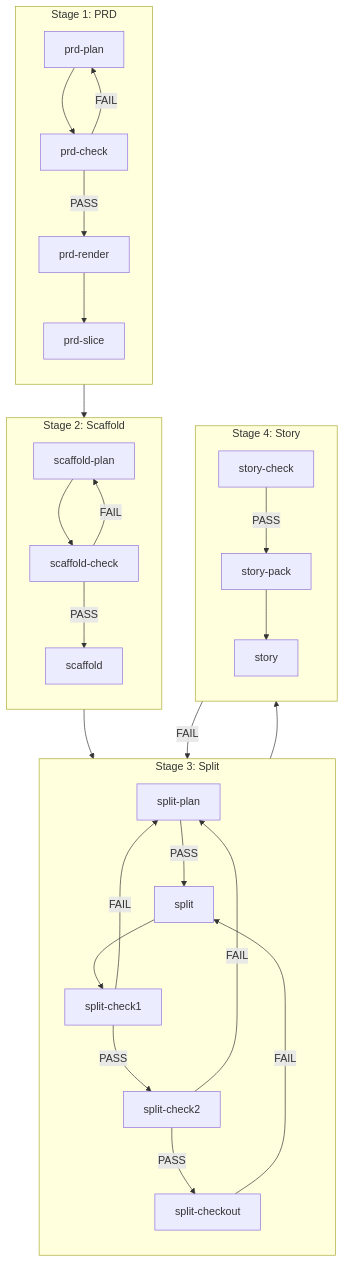
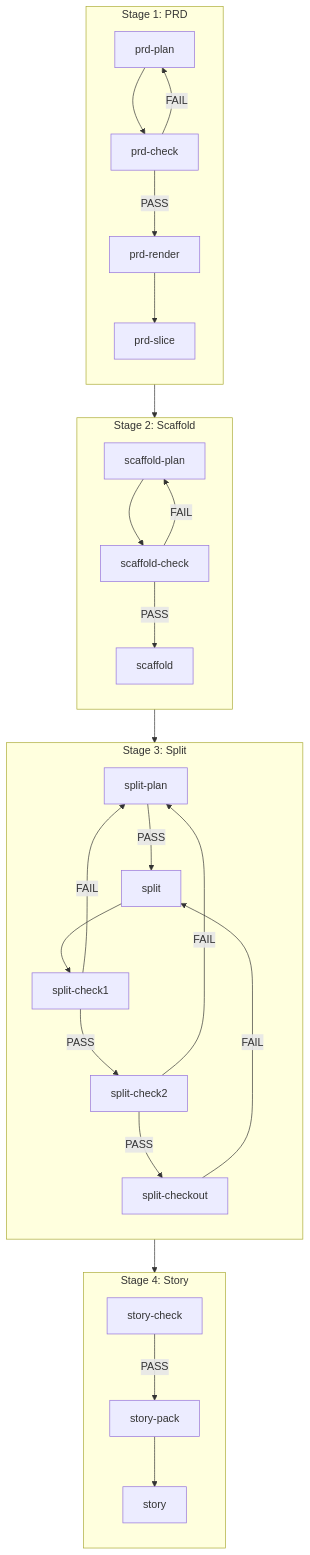
Before and after one commit to snakeying/Textum: the diagram in Workflow.md, drawn with Mermaid. The commit also changed other lines of this file and 11 other files, not shown here.

````diff
--- a/Workflow.md
+++ b/Workflow.md
@@ -7,39 +5,38 @@
 ```mermaid
 flowchart TB
     subgraph Stage1 [Stage 1: PRD]
         direction TB
         P1[prd-plan] --> P2[prd-check]
         P2 -->|FAIL| P1
         P2 -->|PASS| P3[prd-render]
         P3 --> P4[prd-slice]
     end
 
     subgraph Stage2 [Stage 2: Scaffold]
         direction TB
         S1[scaffold-plan] --> S2[scaffold-check]
         S2 -->|FAIL| S1
         S2 -->|PASS| S3[scaffold]
     end
 
     subgraph Stage3 [Stage 3: Split]
         direction TB
         SP1[split-plan] -->|PASS| SP3[split]
         SP3 --> SP4[split-check1]
         SP4 -->|FAIL| SP1
         SP4 -->|PASS| SP5[split-check2]
         SP5 -->|FAIL| SP1
         SP5 -->|PASS| SP6[split-checkout]
     end
 
     subgraph Stage4 [Stage 4: Story]
         direction TB
         ST1[story-check] -->|PASS| ST2[story-pack]
         ST2 --> ST3[story]
     end
 
     Stage1 --> Stage2
     Stage2 --> Stage3
     Stage3 --> Stage4
-    ST1 -->|FAIL| SP3
     SP6 -->|FAIL| SP3
 ```
````
